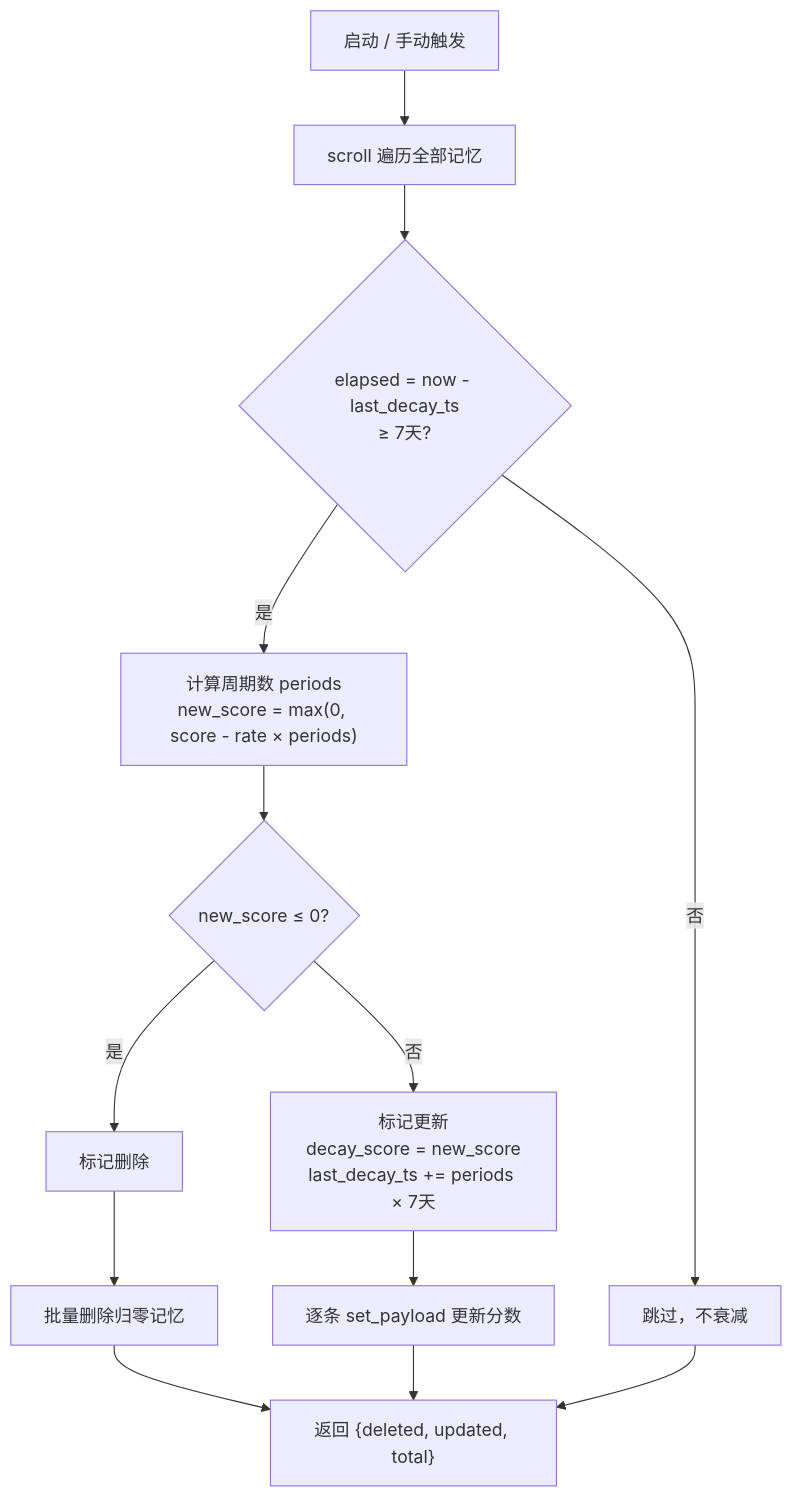
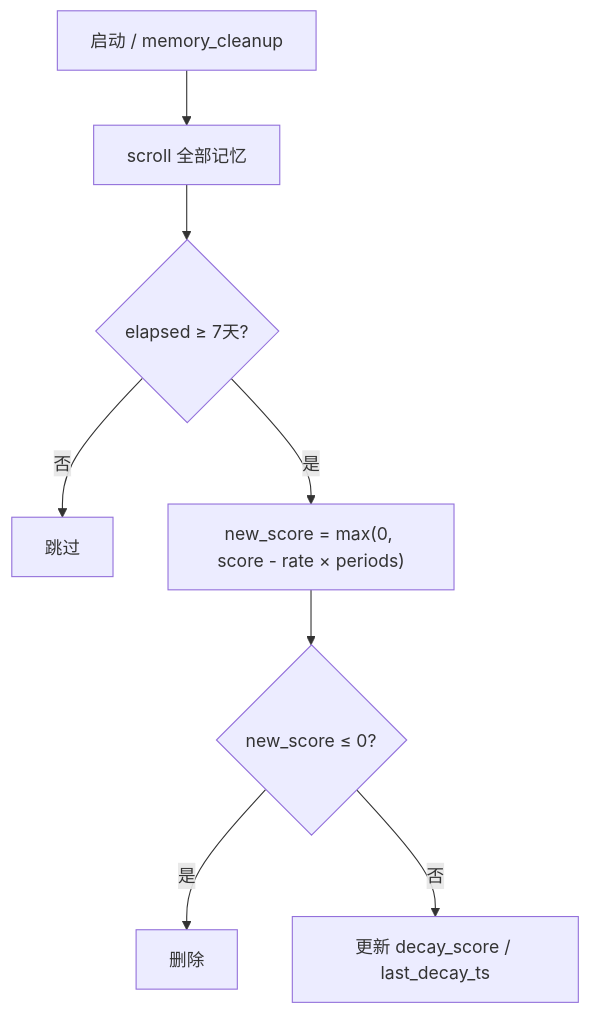
Before and after one commit to promisestar/MyClaw: the second of 4 diagrams in docs/MyClaw实现详解/MyClaw_Memory实现文档.md, drawn with Mermaid. The commit also changed other lines of this file and 6 other files, not shown here.

````diff
--- a/docs/MyClaw实现详解/MyClaw_Memory实现文档.md
+++ b/docs/MyClaw实现详解/MyClaw_Memory实现文档.md
@@ -102,15 +155,10 @@
 ```mermaid
 flowchart TD
-    A["启动 / 手动触发"] --> B["scroll 遍历全部记忆"]
-    B --> C{"elapsed = now - last_decay_ts<br/>≥ 7天?"}
-    C -->|否| D["跳过，不衰减"]
-    C -->|是| E["计算周期数 periods<br/>new_score = max(0, score - rate × periods)"]
+    A["启动 / memory_cleanup"] --> B["scroll 全部记忆"]
+    B --> C{"elapsed ≥ 7天?"}
+    C -->|否| D["跳过"]
+    C -->|是| E["new_score = max(0, score - rate × periods)"]
     E --> F{"new_score ≤ 0?"}
-    F -->|是| G["标记删除"]
-    F -->|否| H["标记更新<br/>decay_score = new_score<br/>last_decay_ts += periods × 7天"]
-    G --> I["批量删除归零记忆"]
-    H --> J["逐条 set_payload 更新分数"]
-    I --> K["返回 {deleted, updated, total}"]
-    J --> K
-    D --> K
+    F -->|是| G["删除"]
+    F -->|否| H["更新 decay_score / last_decay_ts"]
 ```
````
